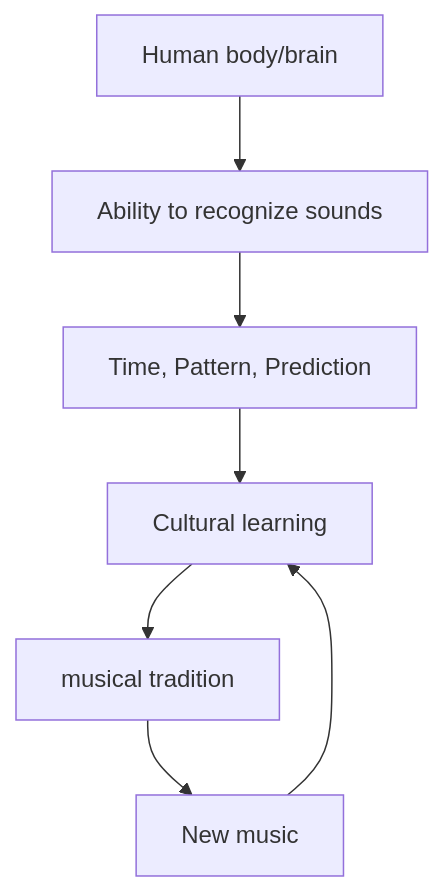
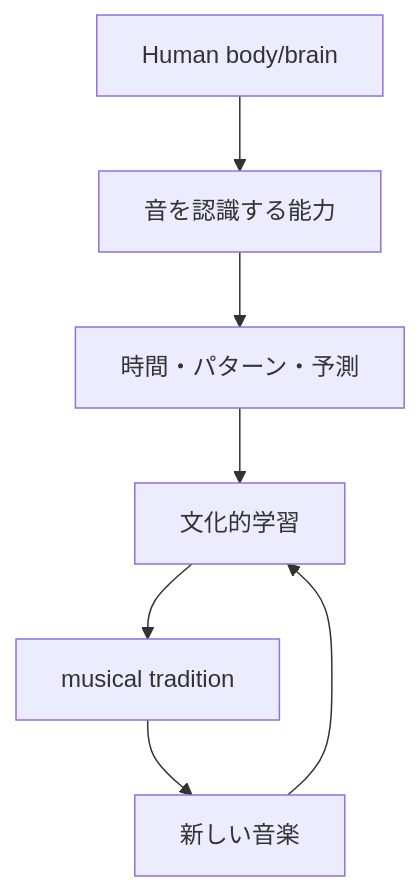
Before and after one commit to monumental-movement/monumental-movement.github.io: the second of 3 diagrams in en/_posts/2026-08-10-column-why-humans-invented-music-before-writing-part3.md, drawn with Mermaid. The commit also changed other lines of this file and 2196 other files, not shown here.

```diff
--- a/en/_posts/2026-08-10-column-why-humans-invented-music-before-writing-part3.md
+++ b/en/_posts/2026-08-10-column-why-humans-invented-music-before-writing-part3.md
@@ -657,9 +657,9 @@
 <div class="mermaid">
 flowchart TD
-    A["Human body/brain"] --> B["Ability to recognize sounds"]
-    B --> C["Time, Pattern, Prediction"]
-    C --> D["Cultural learning"]
+    A["Human body/brain"] --> B["音を認識する能力"]
+    B --> C["時間・パターン・予測"]
+    C --> D["文化的学習"]
     D --> E["musical tradition"]
-    E --> F["New music"]
+    E --> F["新しい音楽"]
     F --> D
 </div>
```
